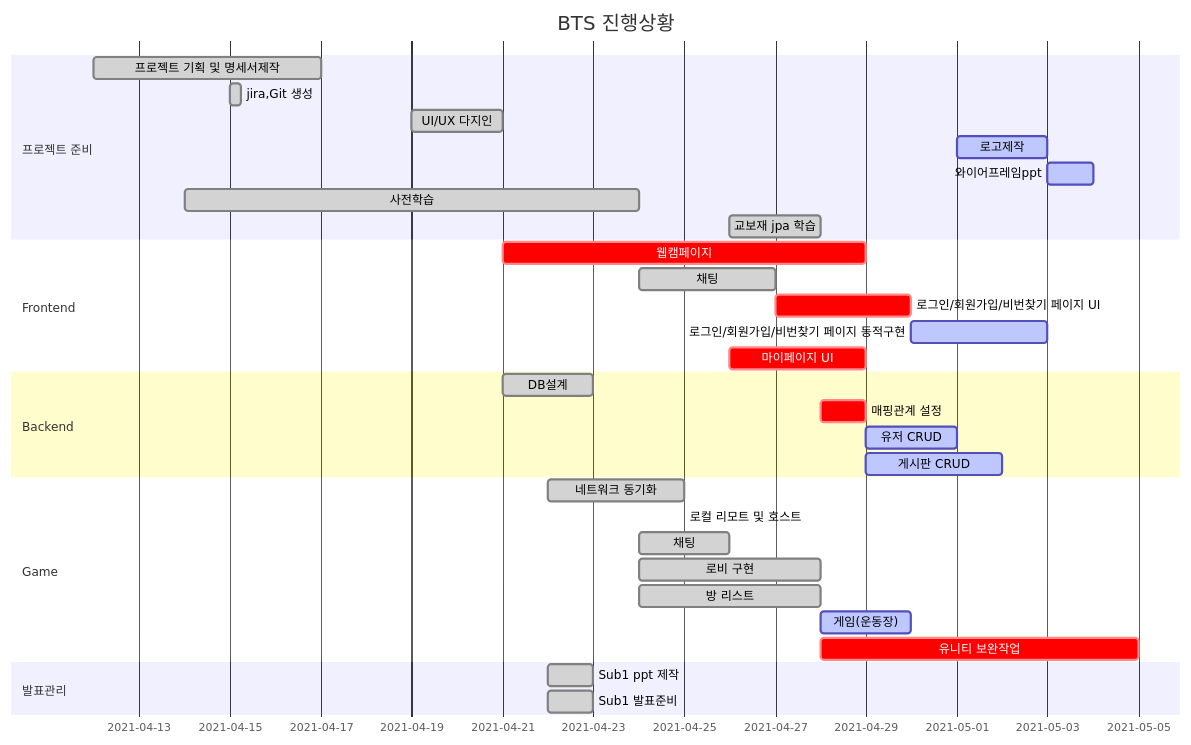
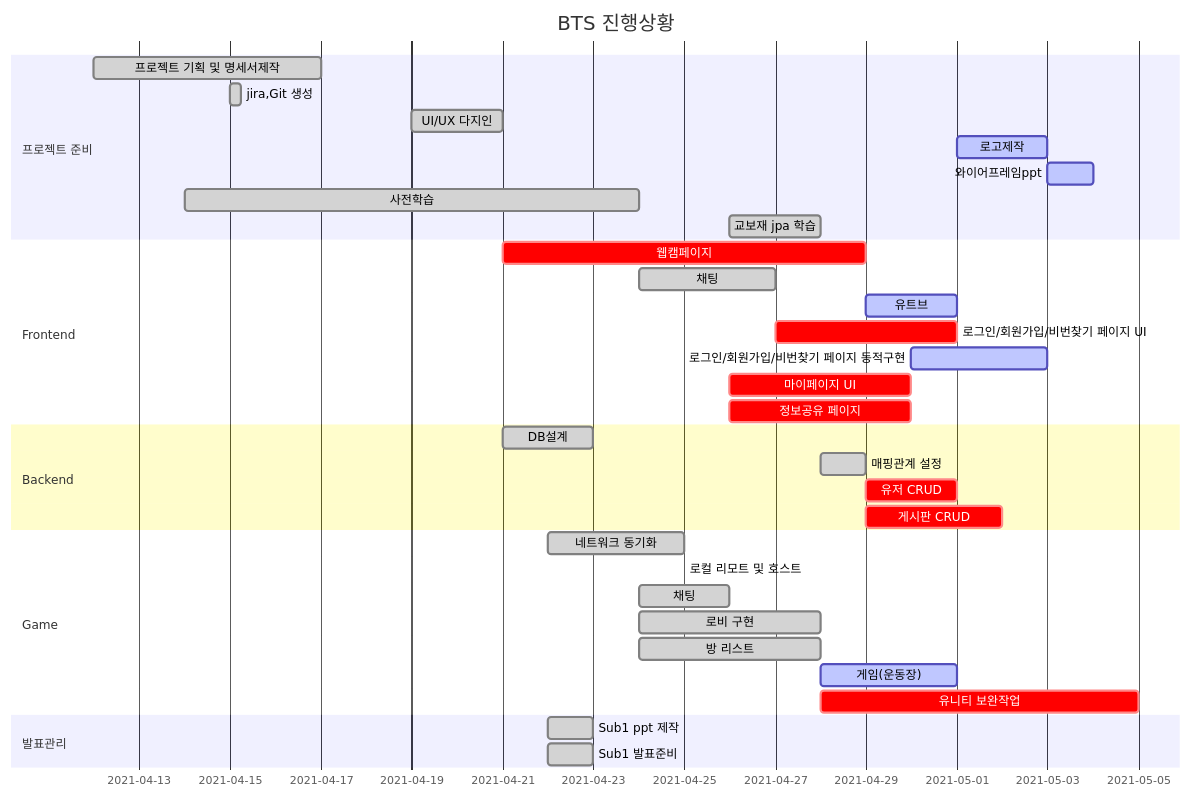
The diagram in README.md (Luminousjiny/PJT_BTS), drawn with Mermaid before and after one commit.

Commit message:
간트차트 업데이트

````diff
--- a/README.md
+++ b/README.md
@@ -50,39 +50,41 @@
 ```mermaid
 gantt
     title BTS 진행상황
     dateFormat  YYYY-MM-DD
     section 프로젝트 준비
     프로젝트 기획 및 명세서제작 : done, 2021-04-12, 5d
     jira,Git 생성  :done, 2021-04-15, 6h
     UI/UX 다지인  : done,   2021-04-19, 2d
     로고제작 : active, 2021-05-01, 2d
     와이어프레임ppt : active, 2021-05-03, 1d
     사전학습  : done, 2021-04-14, 10d
     교보재 jpa 학습 : done, 2021-04-26, 2d
 
     section Frontend
     웹캠페이지 : crit, 2021-04-21, 8d
     채팅 : done, 2021-04-24, 3d
-    로그인/회원가입/비번찾기 페이지 UI : crit, 2021-04-27, 3d
+    유트브 : active, 2021-04-29, 2d
+    로그인/회원가입/비번찾기 페이지 UI : crit, 2021-04-27, 4d
     로그인/회원가입/비번찾기 페이지 동적구현 : active, 2021-04-30, 3d
-    마이페이지 UI : crit, 2021-04-26, 3d
+    마이페이지 UI : crit, 2021-04-26, 4d
+    정보공유 페이지 : crit, 2021-04-26, 4d
     
     section Backend
     DB설계 : done, 2021-04-21, 2d
-    매핑관계 설정 : crit, 2021-04-28, 1d
-    유저 CRUD : active, 2021-04-29, 2d
-    게시판 CRUD : active, 2021-04-29, 3d
+    매핑관계 설정 : done, 2021-04-28, 1d
+    유저 CRUD : crit, 2021-04-29, 2d
+    게시판 CRUD : crit, 2021-04-29, 3d
     
     section Game
 	네트워크 동기화 : done, 2021-04-22, 3d
 	로컬 리모트 및 호스트 : done, 2021-04-23 1d
 	채팅 : done, 2021-04-24, 2d
 	로비 구현 : done, 2021-04-24, 4d
     방 리스트 : done, 2021-04-24, 4d
-    게임(운동장) : active, 2021-04-28,2d
+    게임(운동장) : active, 2021-04-28,3d
     유니티 보완작업 : crit, 2021-04-28, 7d
     
     section 발표관리
     Sub1 ppt 제작 : done, 2021-04-22, 1d
     Sub1 발표준비 : done, 2021-04-22, 1d
 ```
````
